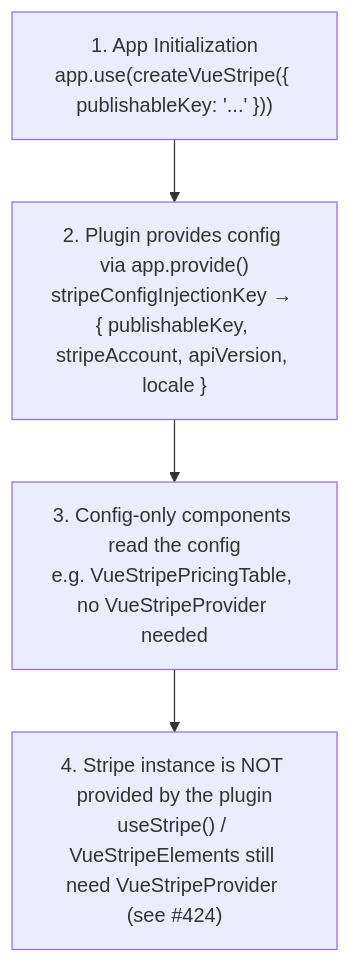
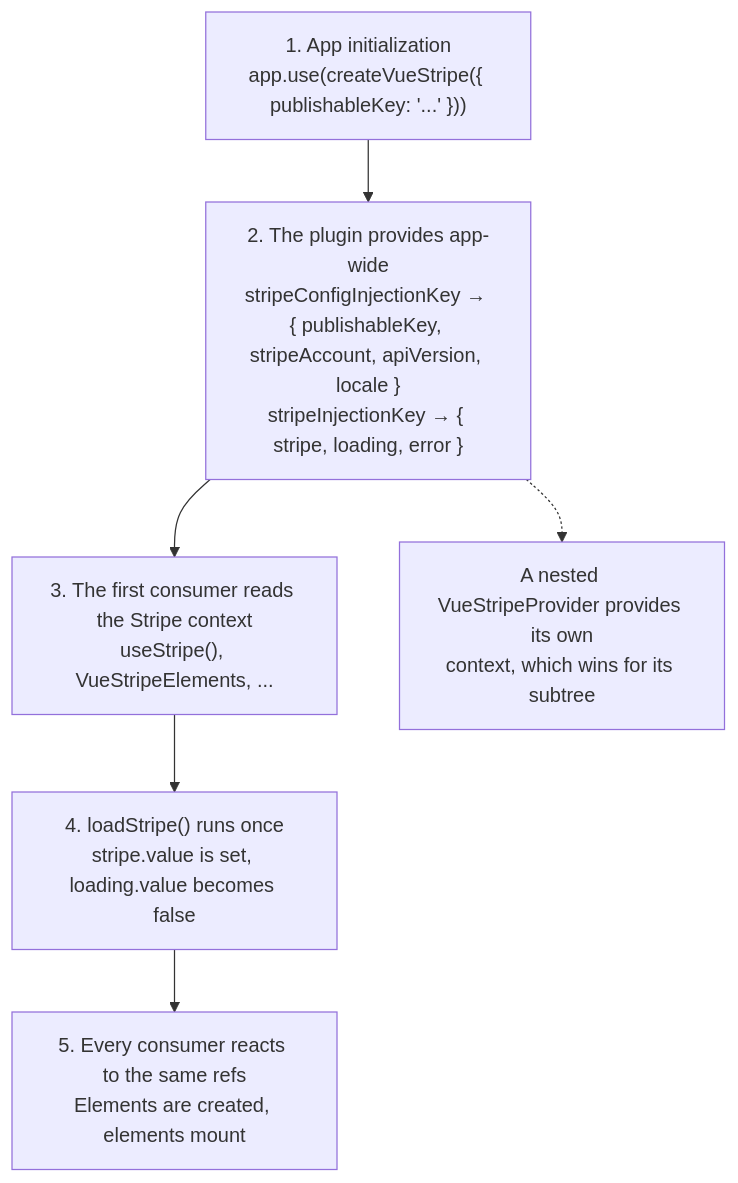
The diagram in apps/docs/api/plugin.md (vue-stripe/vue-stripe), drawn with Mermaid before and after one commit. The commit also changed other lines of this file and 28 other files, not shown here.

````diff
--- a/apps/docs/api/plugin.md
+++ b/apps/docs/api/plugin.md
@@ -35,6 +33,8 @@
 ```mermaid
 flowchart TD
-    A["1. App Initialization<br/>app.use(createVueStripe({ publishableKey: '...' }))"] --> B["2. Plugin provides config via app.provide()<br/>stripeConfigInjectionKey → { publishableKey, stripeAccount, apiVersion, locale }"]
-    B --> C["3. Config-only components read the config<br/>e.g. VueStripePricingTable, no VueStripeProvider needed"]
-    C --> D["4. Stripe instance is NOT provided by the plugin<br/>useStripe() / VueStripeElements still need VueStripeProvider (see #424)"]
+    A["1. App initialization<br/>app.use(createVueStripe({ publishableKey: '...' }))"] --> B["2. The plugin provides app-wide<br/>stripeConfigInjectionKey → { publishableKey, stripeAccount, apiVersion, locale }<br/>stripeInjectionKey → { stripe, loading, error }"]
+    B --> C["3. The first consumer reads the Stripe context<br/>useStripe(), VueStripeElements, ..."]
+    C --> D["4. loadStripe() runs once<br/>stripe.value is set, loading.value becomes false"]
+    D --> E["5. Every consumer reacts to the same refs<br/>Elements are created, elements mount"]
+    B -.-> F["A nested VueStripeProvider provides its own<br/>context, which wins for its subtree"]
 ```
````
